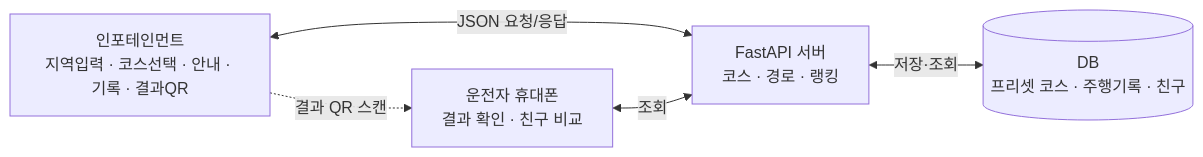
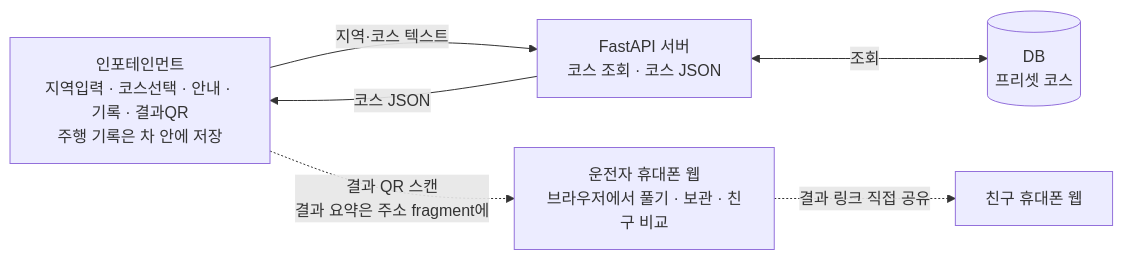
The first of 3 diagrams in docs/scenario-flow.md (Nana2828/Pleos_application), drawn with Mermaid before and after one commit. The commit also changed other lines of this file and 5 other files, not shown here.

````diff
--- a/docs/scenario-flow.md
+++ b/docs/scenario-flow.md
@@ -14,7 +18,8 @@
 ```mermaid
 flowchart LR
-    CAR[인포테인먼트<br/>지역입력 · 코스선택 · 안내 · 기록 · 결과QR] <-->|JSON 요청/응답| API[FastAPI 서버<br/>코스 · 경로 · 랭킹]
-    PH[운전자 휴대폰<br/>결과 확인 · 친구 비교] <-->|조회| API
-    API <-->|저장·조회| DB[(DB<br/>프리셋 코스 · 주행기록 · 친구)]
-    CAR -. 결과 QR 스캔 .-> PH
+    CAR[인포테인먼트<br/>지역입력 · 코스선택 · 안내 · 기록 · 결과QR<br/>주행 기록은 차 안에 저장] -->|지역·코스 텍스트| API[FastAPI 서버<br/>코스 조회 · 코스 JSON]
+    API -->|코스 JSON| CAR
+    API <-->|조회| DB[(DB<br/>프리셋 코스)]
+    CAR -. 결과 QR 스캔<br/>결과 요약은 주소 fragment에 .-> PH[운전자 휴대폰 웹<br/>브라우저에서 풀기 · 보관 · 친구 비교]
+    PH -. 결과 링크 직접 공유 .-> FR[친구 휴대폰 웹]
 ```
````
